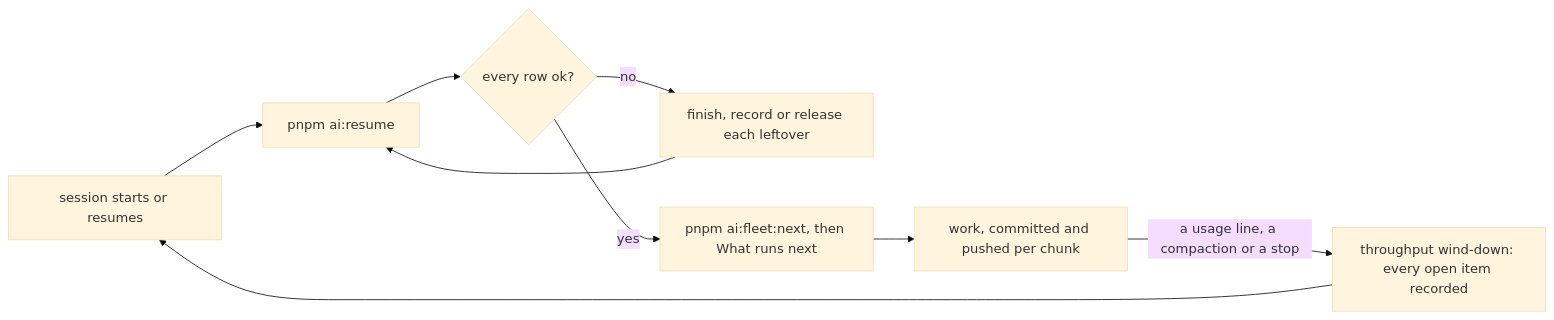
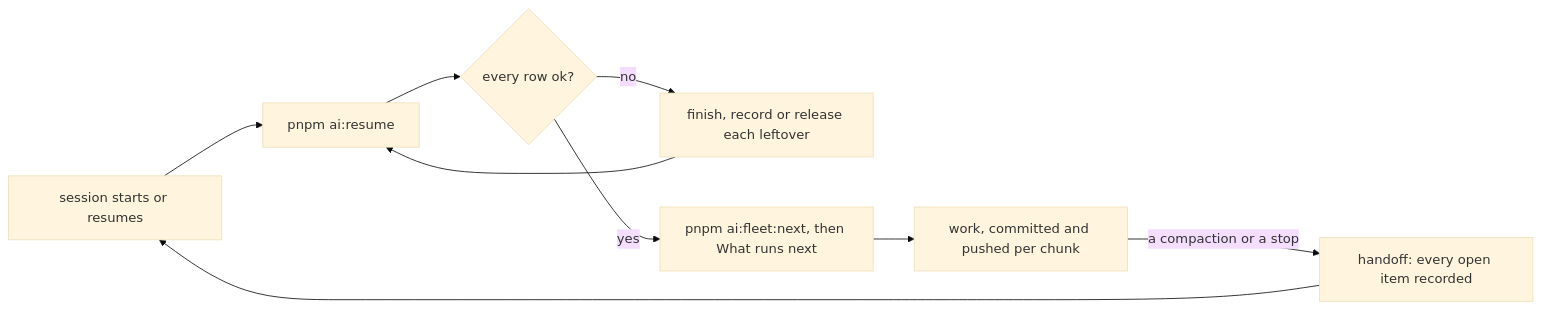
One commit to Esposter/Esposter changed the diagram in .agents/skills/resuming/SKILL.md. Above: the diagram before and after it, drawn with Mermaid (base theme). The commit also changed other lines of this file and 4 other files, not shown here.

First line of the commit message:
docs(genshin-mods): the usage reserve is one tier, and the resuming skill owns the handoff

````diff
--- a/.agents/skills/resuming/SKILL.md
+++ b/.agents/skills/resuming/SKILL.md
@@ -19,11 +19,11 @@
 ```mermaid
 flowchart LR
   START["session starts or resumes"] --> RESUME["pnpm ai:resume"]
   RESUME --> CLEAN{"every row ok?"}
   CLEAN -->|no| FIX["finish, record or release each leftover"]
   FIX --> RESUME
   CLEAN -->|yes| NEXT["pnpm ai:fleet:next, then What runs next"]
   NEXT --> WORK["work, committed and pushed per chunk"]
-  WORK -->|"a usage line, a compaction or a stop"| WIND["throughput wind-down: every open item recorded"]
-  WIND --> START
+  WORK -->|"a compaction or a stop"| HAND["handoff: every open item recorded"]
+  HAND --> START
 ```
````
